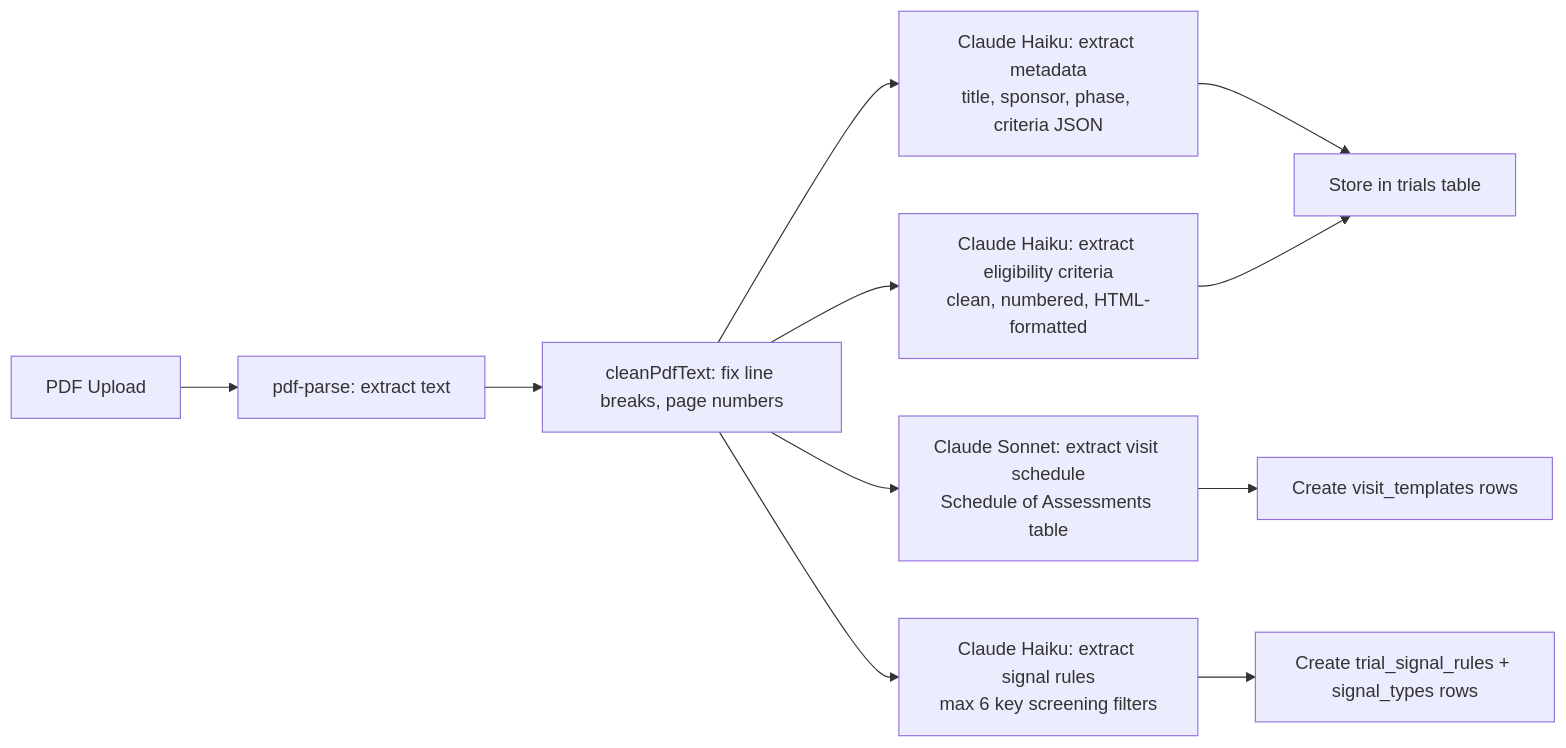
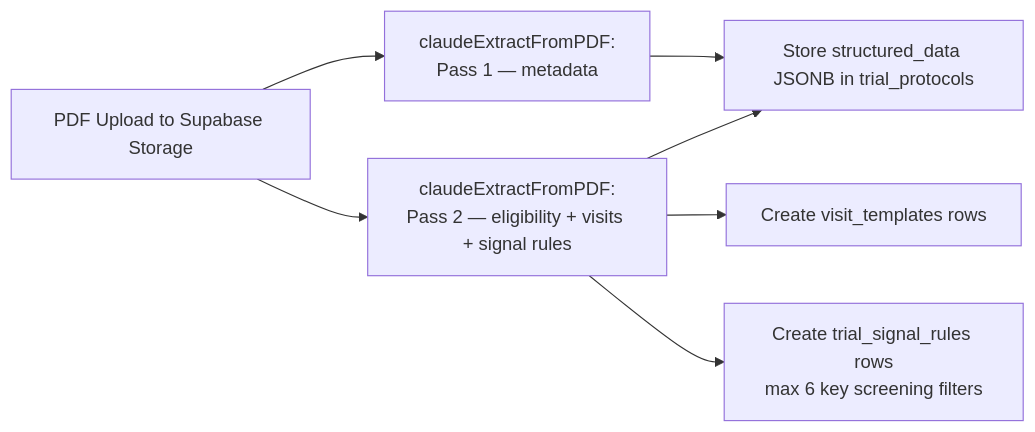
One commit to thengnathan/monsoon-health changed the third of 5 diagrams in docs/PROJECT_DOCUMENTATION.md. Above: the diagram before and after it, drawn with Mermaid. The commit also changed other lines of this file and 23 other files, not shown here.

````diff
--- a/docs/PROJECT_DOCUMENTATION.md
+++ b/docs/PROJECT_DOCUMENTATION.md
@@ -622,13 +642,9 @@
 ```mermaid
 flowchart LR
-    A[PDF Upload] --> B[pdf-parse: extract text]
-    B --> C[cleanPdfText: fix line breaks, page numbers]
-    C --> D1[Claude Haiku: extract metadata<br/>title, sponsor, phase, criteria JSON]
-    C --> D2[Claude Haiku: extract eligibility criteria<br/>clean, numbered, HTML-formatted]
-    C --> D3[Claude Sonnet: extract visit schedule<br/>Schedule of Assessments table]
-    C --> D4[Claude Haiku: extract signal rules<br/>max 6 key screening filters]
-    D1 --> E[Store in trials table]
-    D2 --> E
-    D3 --> F[Create visit_templates rows]
-    D4 --> G[Create trial_signal_rules + signal_types rows]
+    A[PDF Upload to Supabase Storage] --> B[claudeExtractFromPDF:<br/>Pass 1 — metadata]
+    A --> C[claudeExtractFromPDF:<br/>Pass 2 — eligibility + visits + signal rules]
+    B --> D[Store structured_data JSONB in trial_protocols]
+    C --> D
+    C --> E[Create visit_templates rows]
+    C --> F[Create trial_signal_rules rows<br/>max 6 key screening filters]
 ```
````
